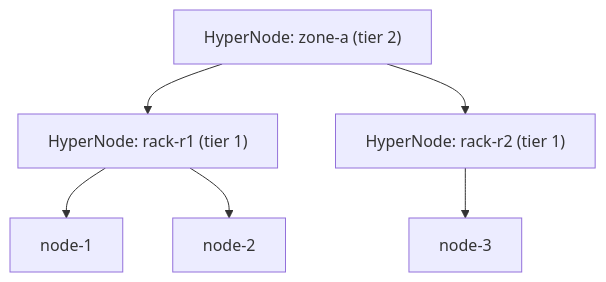
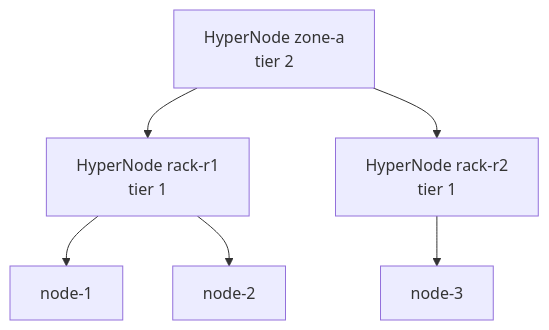
One commit to JesseStutler/volcano changed the ninth of 13 diagrams in docs/research/k8s-workload-aware-scheduling-vs-volcano.md. Above: the diagram before and after it, drawn with Mermaid. The commit also changed other lines of this file and 1 other file, not shown here.

````diff
--- a/docs/research/k8s-workload-aware-scheduling-vs-volcano.md
+++ b/docs/research/k8s-workload-aware-scheduling-vs-volcano.md
@@ -439,15 +436,14 @@
 ```mermaid
 flowchart TD
-    H2["HyperNode: zone-a (tier 2)"]
-    H11["HyperNode: rack-r1 (tier 1)"]
-    H12["HyperNode: rack-r2 (tier 1)"]
+    H2["HyperNode zone-a<br/>tier 2"]
+    H11["HyperNode rack-r1<br/>tier 1"]
+    H12["HyperNode rack-r2<br/>tier 1"]
     VN1["node-1"]
     VN2["node-2"]
     VN3["node-3"]
-
     H2 --> H11
     H2 --> H12
     H11 --> VN1
     H11 --> VN2
     H12 --> VN3
 ```
````
